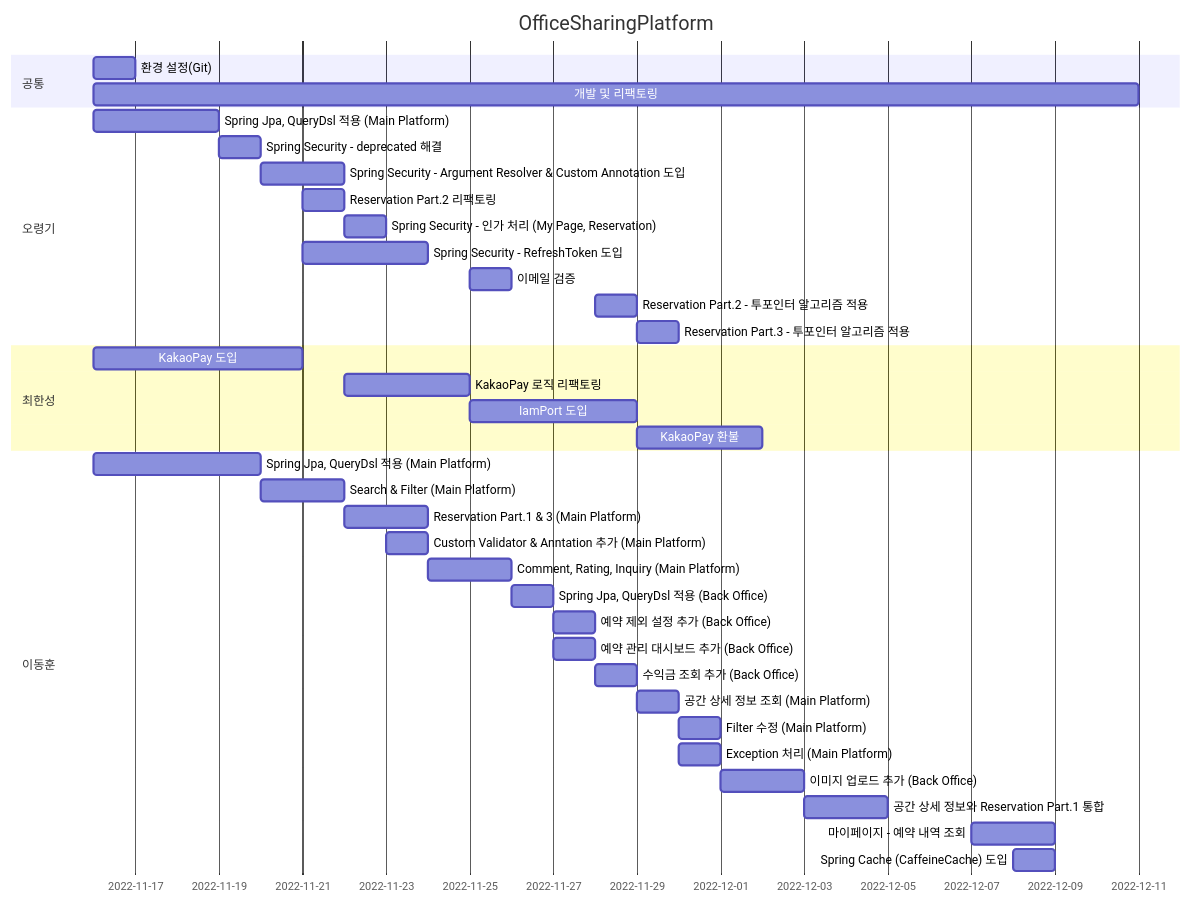
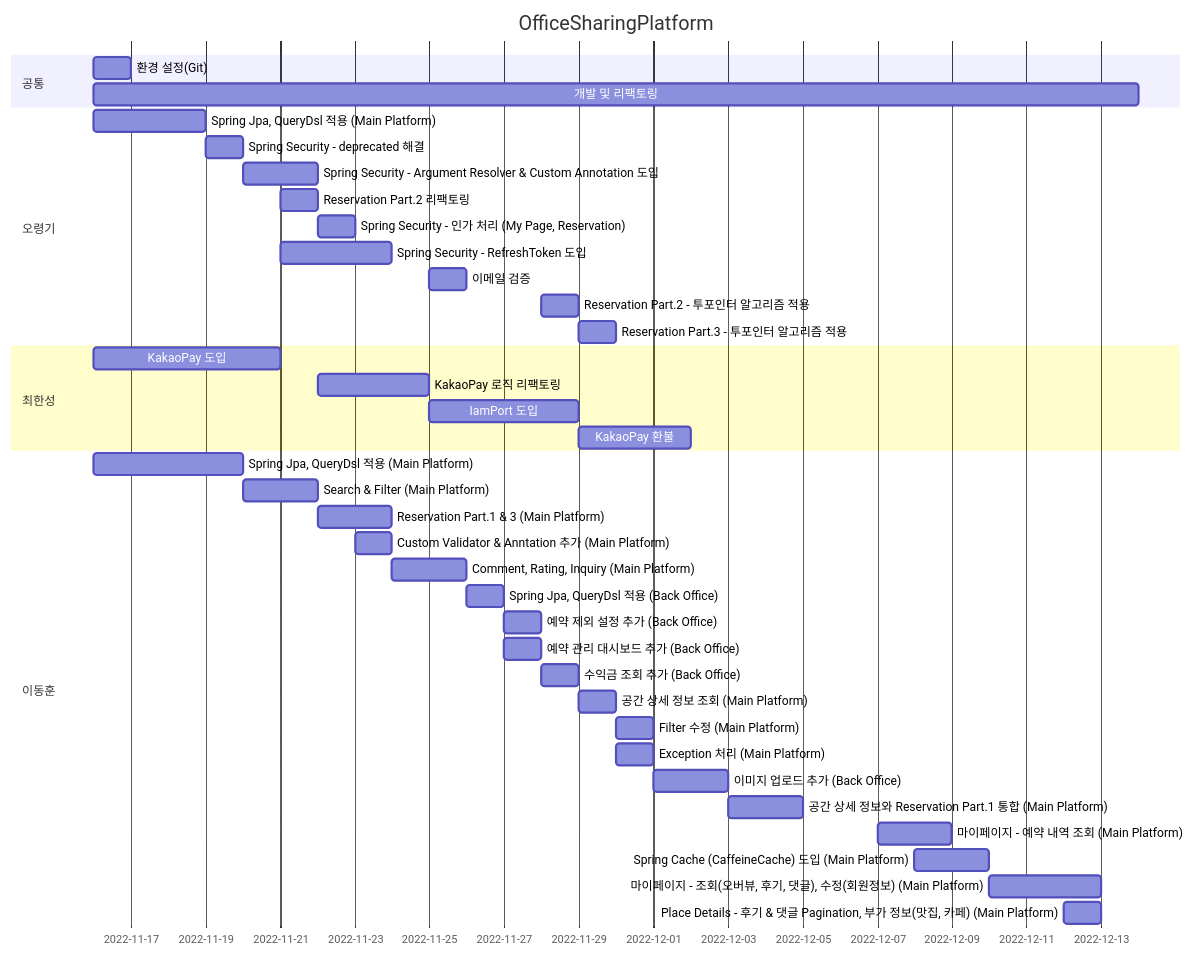
Before and after one commit to Hell-O-Demon-World/PlaceSharingPlatformBETest: the diagram in README.md, drawn with Mermaid. The commit also changed 13 other files, not shown here.

Commit message:
update : Place Details

````diff
--- a/README.md
+++ b/README.md
@@ -11,46 +11,48 @@
 ```mermaid
 gantt
 dateFormat MM-DD
 title OfficeSharingPlatform
 
     section 공통
     환경 설정(Git)             :chap1, 11-16, 1d
-    개발 및 리팩토링             :chap2, 11-16, 12-11
+    개발 및 리팩토링             :chap2, 11-16, 12-14
 
     section 오령기
     Spring Jpa, QueryDsl 적용 (Main Platform)                     : chap1, 11-16, 3d
     Spring Security - deprecated 해결                             : chap2, 11-19, 1d
     Spring Security - Argument Resolver & Custom Annotation 도입  : chap3, 11-20, 2d
     Reservation Part.2 리팩토링                                    : chap4, 11-21, 1d
     Spring Security -  인가 처리 (My Page, Reservation)            : chap5, 11-22, 1d
     Spring Security - RefreshToken 도입                           : chap6, 11-21, 3d
     이메일 검증                                                     : chap7, 11-25, 1d
     Reservation Part.2 - 투포인터 알고리즘 적용                        : chap8, 11-28, 1d
     Reservation Part.3 - 투포인터 알고리즘 적용                        : chap8, 11-29, 1d
 
     section 최한성
     KakaoPay 도입        : chap1, 11-16, 5d
     KakaoPay 로직 리팩토링 : chap2, 11-22, 3d
     IamPort 도입         : chap3, 11-25, 4d
     KakaoPay 환불        : chap4, 11-29, 3d
     
     section 이동훈
-    Spring Jpa, QueryDsl 적용 (Main Platform)         : chap1, 11-16, 4d
-    Search & Filter (Main Platform)                  : chap2, 11-20, 2d
-    Reservation Part.1 & 3 (Main Platform)           : chap3, 11-22, 2d
-    Custom Validator & Anntation 추가 (Main Platform) : chap4, 11-23, 1d
-    Comment, Rating, Inquiry (Main Platform)         : chap5, 11-24, 2d
-    Spring Jpa, QueryDsl 적용 (Back Office)           : chap6, 11-26, 1d
-    예약 제외 설정 추가 (Back Office)                     : chap7, 11-27, 1d
-    예약 관리 대시보드 추가 (Back Office)                  : chap8, 11-27, 1d
-    수익금 조회 추가 (Back Office)                       : chap9, 11-28, 1d
-    공간 상세 정보 조회 (Main Platform)                   : chap10, 11-29, 1d
-    Filter 수정 (Main Platform)                       : chap11, 11-30, 1d
-    Exception 처리 (Main Platform)                    : chap12, 11-30, 1d
-    이미지 업로드 추가 (Back Office)                      : chap13, 12-01, 2d
-    공간 상세 정보와 Reservation Part.1 통합               : chap14, 12-03, 2d
-    마이페이지  - 예약 내역 조회                            : chap15, 12-07, 2d
-    Spring Cache (CaffeineCache) 도입                 : chap16, 12-08, 1d
+    Spring Jpa, QueryDsl 적용 (Main Platform)                                : chap1, 11-16, 4d
+    Search & Filter (Main Platform)                                         : chap2, 11-20, 2d
+    Reservation Part.1 & 3 (Main Platform)                                  : chap3, 11-22, 2d
+    Custom Validator & Anntation 추가 (Main Platform)                        : chap4, 11-23, 1d
+    Comment, Rating, Inquiry (Main Platform)                                : chap5, 11-24, 2d
+    Spring Jpa, QueryDsl 적용 (Back Office)                                  : chap6, 11-26, 1d
+    예약 제외 설정 추가 (Back Office)                                            : chap7, 11-27, 1d
+    예약 관리 대시보드 추가 (Back Office)                                         : chap8, 11-27, 1d
+    수익금 조회 추가 (Back Office)                                              : chap9, 11-28, 1d
+    공간 상세 정보 조회 (Main Platform)                                          : chap10, 11-29, 1d
+    Filter 수정 (Main Platform)                                              : chap11, 11-30, 1d
+    Exception 처리 (Main Platform)                                           : chap12, 11-30, 1d
+    이미지 업로드 추가 (Back Office)                                             : chap13, 12-01, 2d
+    공간 상세 정보와 Reservation Part.1 통합 (Main Platform)                      : chap14, 12-03, 2d
+    마이페이지  - 예약 내역 조회 (Main Platform)                                   : chap15, 12-07, 2d
+    Spring Cache (CaffeineCache) 도입 (Main Platform)                         : chap16, 12-08, 2d
+    마이페이지 - 조회(오버뷰, 후기, 댓글), 수정(회원정보) (Main Platform)                : chap17, 12-10, 3d
+    Place Details - 후기 & 댓글 Pagination, 부가 정보(맛집, 카페) (Main Platform)   : chap18, 12-12, 1d
 
 
 ```
````
